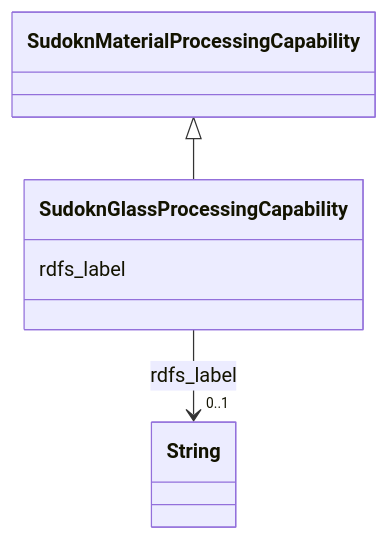
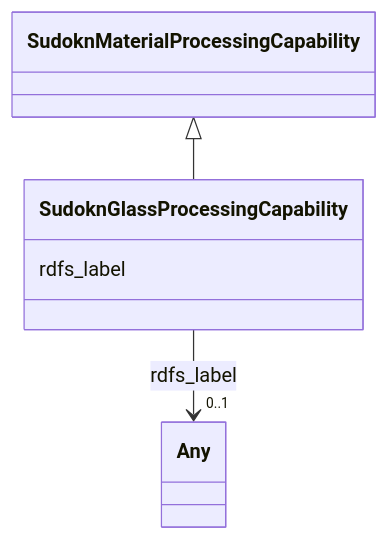
The diagram in sudokn-kg/classes/SudoknGlassProcessingCapability.md (frink-okn/graph-descriptions), drawn with Mermaid before and after one commit. The commit also changed other lines of this file and 903 other files, not shown here.

````diff
--- a/sudokn-kg/classes/SudoknGlassProcessingCapability.md
+++ b/sudokn-kg/classes/SudoknGlassProcessingCapability.md
@@ -23,18 +18,18 @@
 ```mermaid
  classDiagram
     class SudoknGlassProcessingCapability
     click SudoknGlassProcessingCapability href "../SudoknGlassProcessingCapability"
       SudoknMaterialProcessingCapability <|-- SudoknGlassProcessingCapability
         click SudoknMaterialProcessingCapability href "../SudoknMaterialProcessingCapability"
       
       SudoknGlassProcessingCapability : rdfs_label
         
           
     
     
-    SudoknGlassProcessingCapability --> "0..1" String : rdfs_label
-    click String href "../String"
+    SudoknGlassProcessingCapability --> "0..1" Any : rdfs_label
+    click Any href "../Any"
 
         
       
 ```
````
